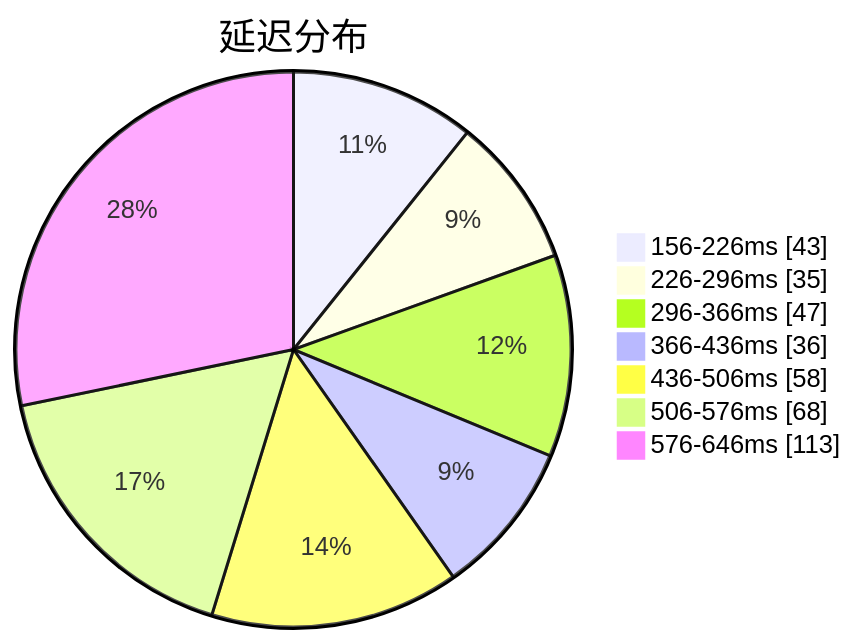
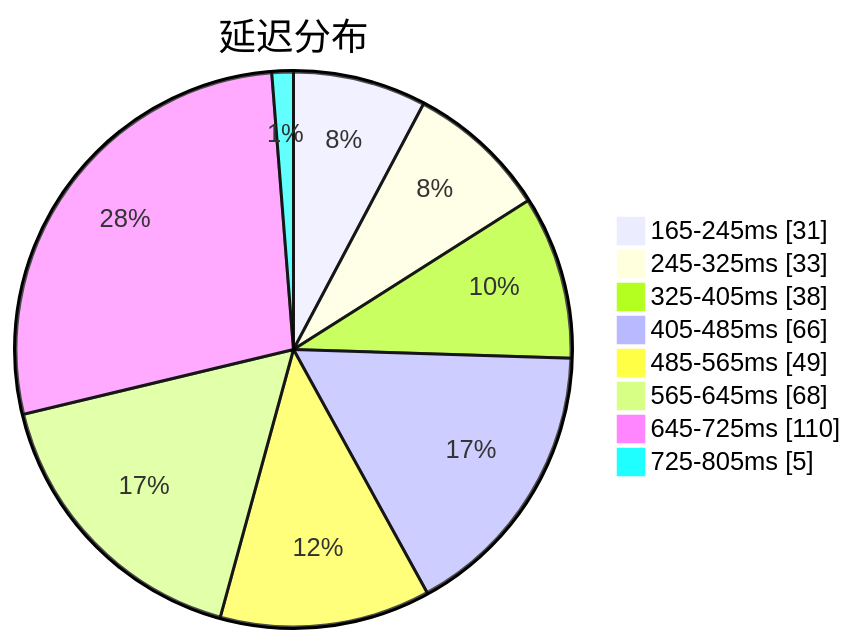
One commit to qjlxg/airport changed the first of 3 diagrams in subs/statistics/tested_within.md. Above: the diagram before and after it, drawn with Mermaid. The commit also changed other lines of this file and 2 other files, not shown here.

````diff
--- a/subs/statistics/tested_within.md
+++ b/subs/statistics/tested_within.md
@@ -2,11 +2,12 @@
 ```mermaid
 pie showData
 title 延迟分布
-"156-226ms" : 43
-"226-296ms" : 35
-"296-366ms" : 47
-"366-436ms" : 36
-"436-506ms" : 58
-"506-576ms" : 68
-"576-646ms" : 113
+"165-245ms" : 31
+"245-325ms" : 33
+"325-405ms" : 38
+"405-485ms" : 66
+"485-565ms" : 49
+"565-645ms" : 68
+"645-725ms" : 110
+"725-805ms" : 5
 ```
````
